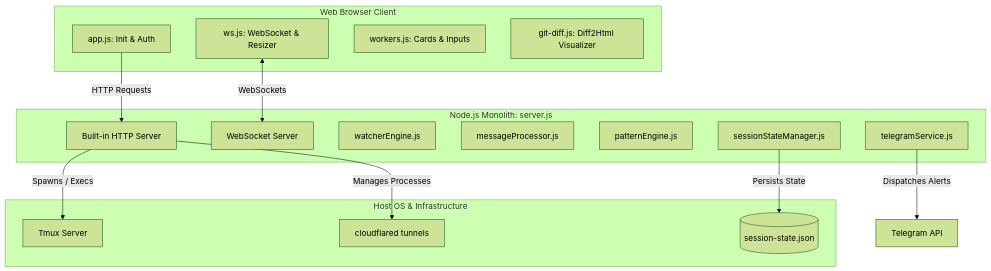
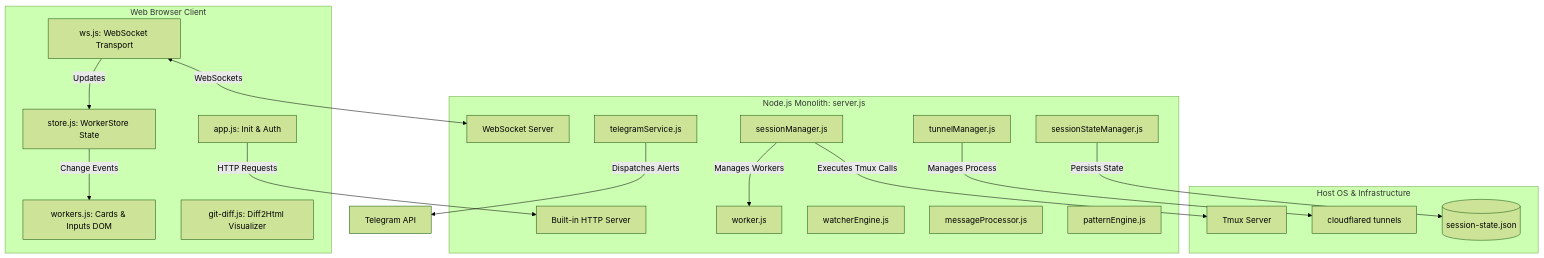
One commit to zr0aces/NexTmux changed the first of 2 diagrams in docs/technical_spec.md. Above: the diagram before and after it, drawn with Mermaid (forest theme). The commit also changed other lines of this file and 13 other files, not shown here.

First line of the commit message:
Add unit tests for sessionManager, tunnelManager, and worker

````diff
--- a/docs/technical_spec.md
+++ b/docs/technical_spec.md
@@ -25,32 +25,39 @@
 ```mermaid
 graph TD
     subgraph Client [Web Browser Client]
         AppJS[app.js: Init & Auth]
-        WSJS[ws.js: WebSocket & Resizer]
-        WorkersJS[workers.js: Cards & Inputs]
+        WSJS[ws.js: WebSocket Transport]
+        StoreJS[store.js: WorkerStore State]
+        WorkersJS[workers.js: Cards & Inputs DOM]
         DiffJS[git-diff.js: Diff2Html Visualizer]
     end
 
     subgraph Server [Node.js Monolith: server.js]
         HTTPServer[Built-in HTTP Server]
         WSServer[WebSocket Server]
+        SessionMgr[sessionManager.js]
+        TunnelMgr[tunnelManager.js]
+        Worker[worker.js]
         Watcher[watcherEngine.js]
         MsgProc[messageProcessor.js]
         PatEng[patternEngine.js]
         SessMgr[sessionStateManager.js]
         TGService[telegramService.js]
     end
 
     subgraph HostSystem [Host OS & Infrastructure]
         Tmux[Tmux Server]
         CF[cloudflared tunnels]
         StateFile[(session-state.json)]
     end
 
     AppJS -->|HTTP Requests| HTTPServer
     WSJS <-->|WebSockets| WSServer
-    HTTPServer -->|Spawns / Execs| Tmux
-    HTTPServer -->|Manages Processes| CF
+    WSJS -->|Updates| StoreJS
+    StoreJS -->|Change Events| WorkersJS
+    SessionMgr -->|Manages Workers| Worker
+    SessionMgr -->|Executes Tmux Calls| Tmux
+    TunnelMgr -->|Manages Process| CF
     SessMgr -->|Persists State| StateFile
     TGService -->|Dispatches Alerts| Telegram[Telegram API]
 ```
````
